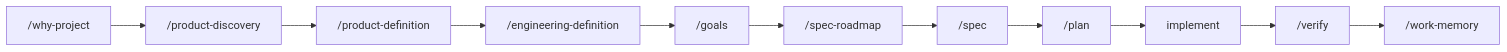
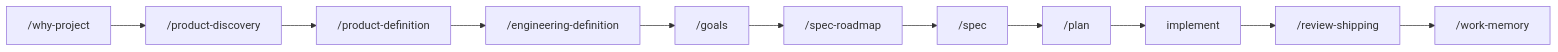
Before and after one commit to stefan-stepzero/shipkit: the first of 2 diagrams in README.md, drawn with Mermaid. The commit also changed other lines of this file and 10 other files, not shown here.

````diff
--- a/README.md
+++ b/README.md
@@ -156,13 +156,13 @@
 ```mermaid
 flowchart LR
     SKL_WHY["/why-project"] --> SKL_DISCOVERY["/product-discovery"]
     SKL_DISCOVERY --> SKL_PRODDEF["/product-definition"]
     SKL_PRODDEF --> SKL_ENGDEF["/engineering-definition"]
     SKL_ENGDEF --> SKL_GOALS["/goals"]
     SKL_GOALS --> SKL_ROADMAP["/spec-roadmap"]
     SKL_ROADMAP --> SKL_SPEC["/spec"]
     SKL_SPEC --> SKL_PLAN["/plan"]
     SKL_PLAN --> IMPL["implement"]
-    IMPL --> SKL_VERIFY["/verify"]
+    IMPL --> SKL_VERIFY["/review-shipping"]
     SKL_VERIFY --> SKL_WORKMEM["/work-memory"]
 ```
````
